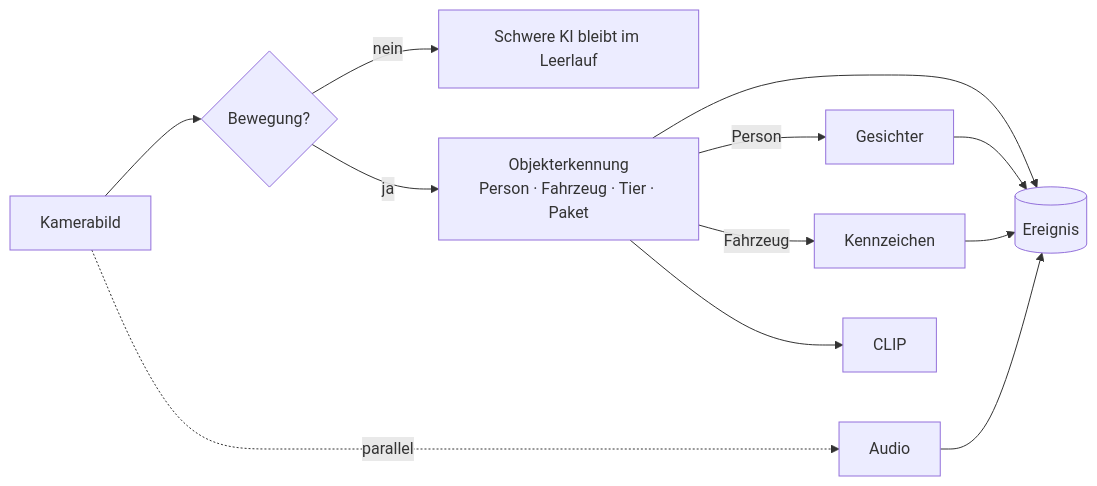
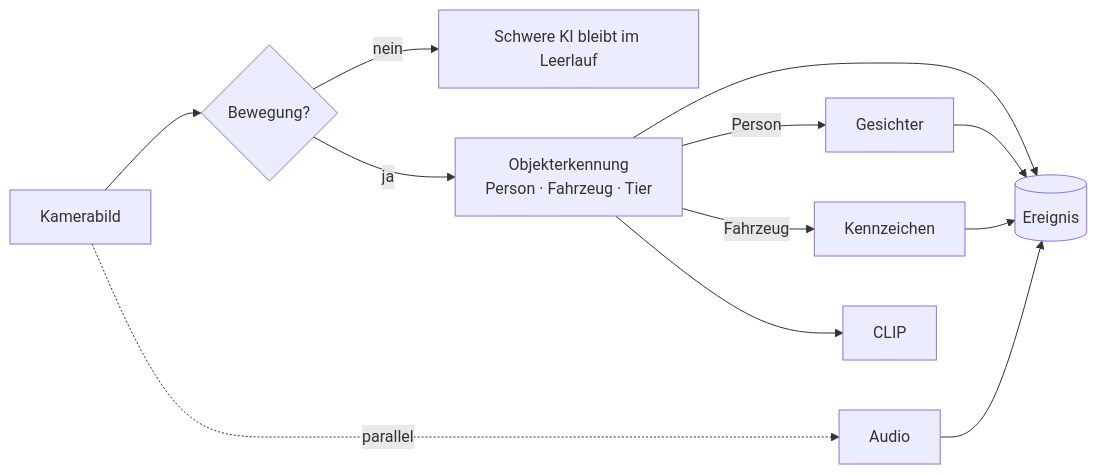
The diagram in de/detection/index.md (cameraui/docs), drawn with Mermaid before and after one commit. The commit also changed other lines of this file and 7 other files, not shown here.

````diff
--- a/de/detection/index.md
+++ b/de/detection/index.md
@@ -18,14 +18,14 @@
 ```mermaid
 flowchart LR
   cam[Kamerabild] --> motion{Bewegung?}
   cam -. parallel .-> audio[Audio]
   motion -- nein --> idle[Schwere KI bleibt im Leerlauf]
-  motion -- ja --> obj[Objekterkennung<br/>Person · Fahrzeug · Tier · Paket]
+  motion -- ja --> obj[Objekterkennung<br/>Person · Fahrzeug · Tier]
   obj -- Person --> face[Gesichter]
   obj -- Fahrzeug --> plate[Kennzeichen]
   obj --> clip[CLIP]
   obj --> ev[(Ereignis)]
   face --> ev
   plate --> ev
   audio --> ev
 ```
````
